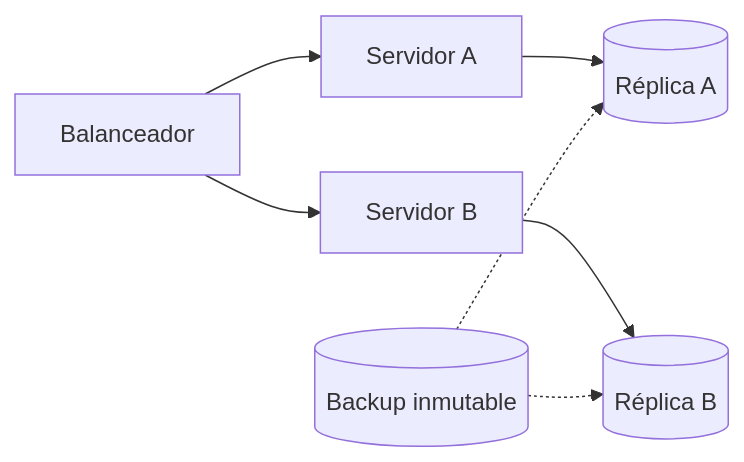
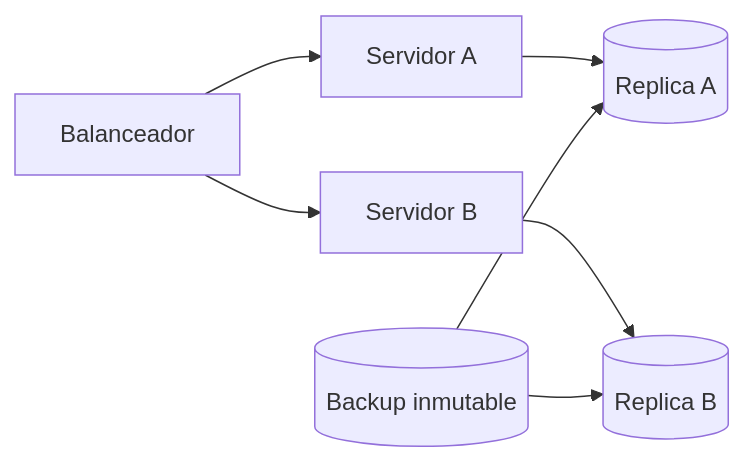
One commit to LorenaLResusta/Digitalizacion changed the fifth of 39 diagrams in README.md. Above: the diagram before and after it, drawn with Mermaid. The commit also changed other lines of this file, not shown here.

First line of the commit message:
Add global mind map and update flowcharts

````diff
--- a/README.md
+++ b/README.md
@@ -184,9 +193,9 @@
 ```mermaid
-graph LR
+flowchart LR
   LB[Balanceador] --> A1[Servidor A]
   LB --> B1[Servidor B]
-  A1 --> DBA[(Réplica A)]
-  B1 --> DBB[(Réplica B)]
-  Backup[(Backup inmutable)] -.-> DBA
-  Backup -.-> DBB
+  A1 --> DBA[(Replica A)]
+  B1 --> DBB[(Replica B)]
+  Backup[(Backup inmutable)] --> DBA
+  Backup --> DBB
 ```
````
